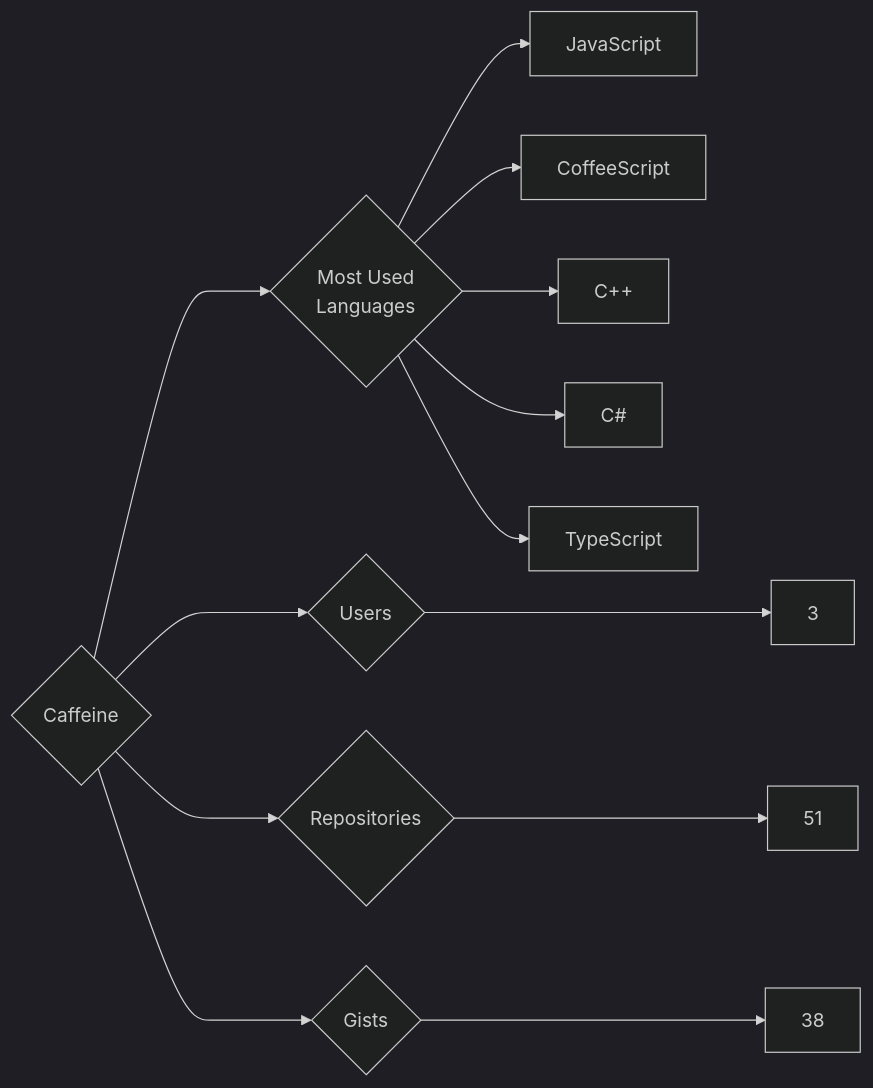
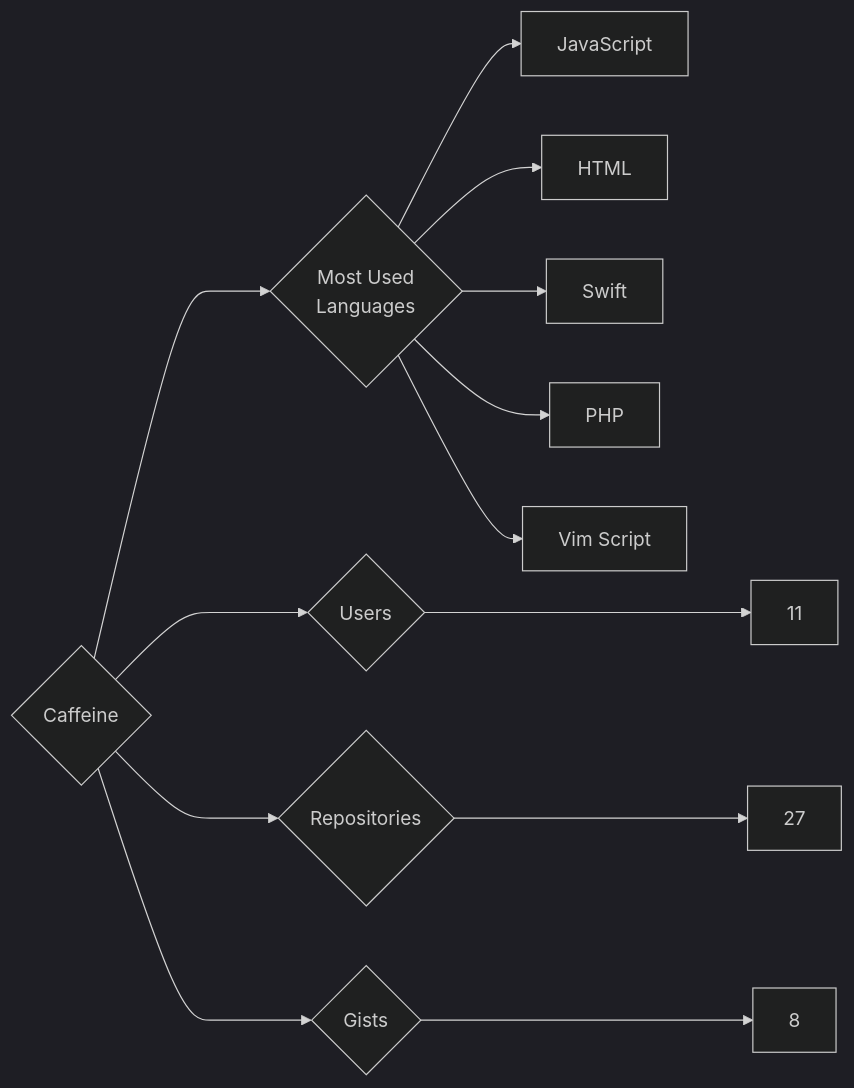
Before and after one commit to trickest/insiders: the diagram in targets/Caffeine/README.md, drawn with Mermaid (dark theme). The commit also changed 688 other files, not shown here.

````diff
--- a/targets/Caffeine/README.md
+++ b/targets/Caffeine/README.md
@@ -3,13 +3,13 @@
 ```mermaid
 graph LR
 COMPANY_NAME{Caffeine}
-COMPANY_NAME ---> U{Users} ---> UN[3]
-COMPANY_NAME ---> R{Repositories} ---> RN[51]
-COMPANY_NAME ---> G{Gists} ---> GN[38]
+COMPANY_NAME ---> U{Users} ---> UN[11]
+COMPANY_NAME ---> R{Repositories} ---> RN[27]
+COMPANY_NAME ---> G{Gists} ---> GN[8]
 COMPANY_NAME ---> ML{Most Used<br>Languages}
 ML --> JavaScript[JavaScript]
-ML --> CoffeeScript[CoffeeScript]
-ML --> C++[C++]
-ML --> C#[C#]
-ML --> TypeScript[TypeScript]
+ML --> HTML[HTML]
+ML --> Swift[Swift]
+ML --> PHP[PHP]
+ML --> Vim_Script[Vim Script]
 ```
````
